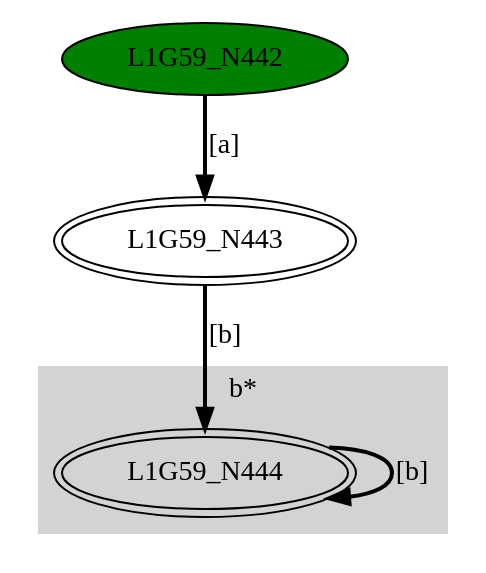
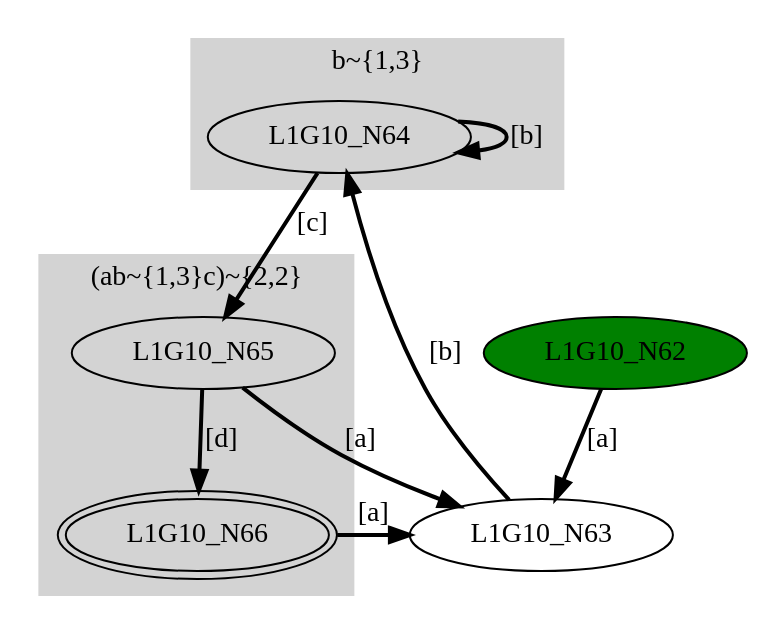
The diagram in DFASimulator/Testbench/mergeDFA1.dot (GDimitroulakos/EDUFLEX), drawn with Graphviz before and after one commit. The commit also changed 103 other files, not shown here.

```diff
--- a/DFASimulator/Testbench/mergeDFA1.dot
+++ b/DFASimulator/Testbench/mergeDFA1.dot
@@ -1,14 +1,26 @@
-digraph G59{
+digraph G10{
 	subgraph cluster0 {
 		node [style=filled];
 		style=filled;
 		color=lightgrey;
-		label ="b*";
-		L1G59_N444;
-	}"L1G59_N442" [style=filled,fillcolor=green];
-"L1G59_N443" [peripheries=2];
-"L1G59_N444" [peripheries=2];
-"L1G59_N442"->"L1G59_N443" [style = bold, label = "[a]"];
-"L1G59_N443"->"L1G59_N444" [style = bold, label = "[b]"];
-"L1G59_N444"->"L1G59_N444" [style = bold, label = "[b]"];
+		label ="b~{1,3}";
+		L1G10_N64;
+	}	subgraph cluster1 {
+		node [style=filled];
+		style=filled;
+		color=lightgrey;
+		label ="(ab~{1,3}c)~{2,2}";
+		L1G10_N65;L1G10_N66;
+	}"L1G10_N62" [style=filled,fillcolor=green];
+"L1G10_N63";
+"L1G10_N64";
+"L1G10_N65";
+"L1G10_N66" [peripheries=2];
+"L1G10_N62"->"L1G10_N63" [style = bold, label = "[a]"];
+"L1G10_N63"->"L1G10_N64" [style = bold, label = "[b]"];
+"L1G10_N64"->"L1G10_N64" [style = bold, label = "[b]"];
+"L1G10_N64"->"L1G10_N65" [style = bold, label = "[c]"];
+"L1G10_N65"->"L1G10_N63" [style = bold, label = "[a]"];
+"L1G10_N65"->"L1G10_N66" [style = bold, label = "[d]"];
+"L1G10_N66"->"L1G10_N63" [style = bold, label = "[a]"];
 }
```
